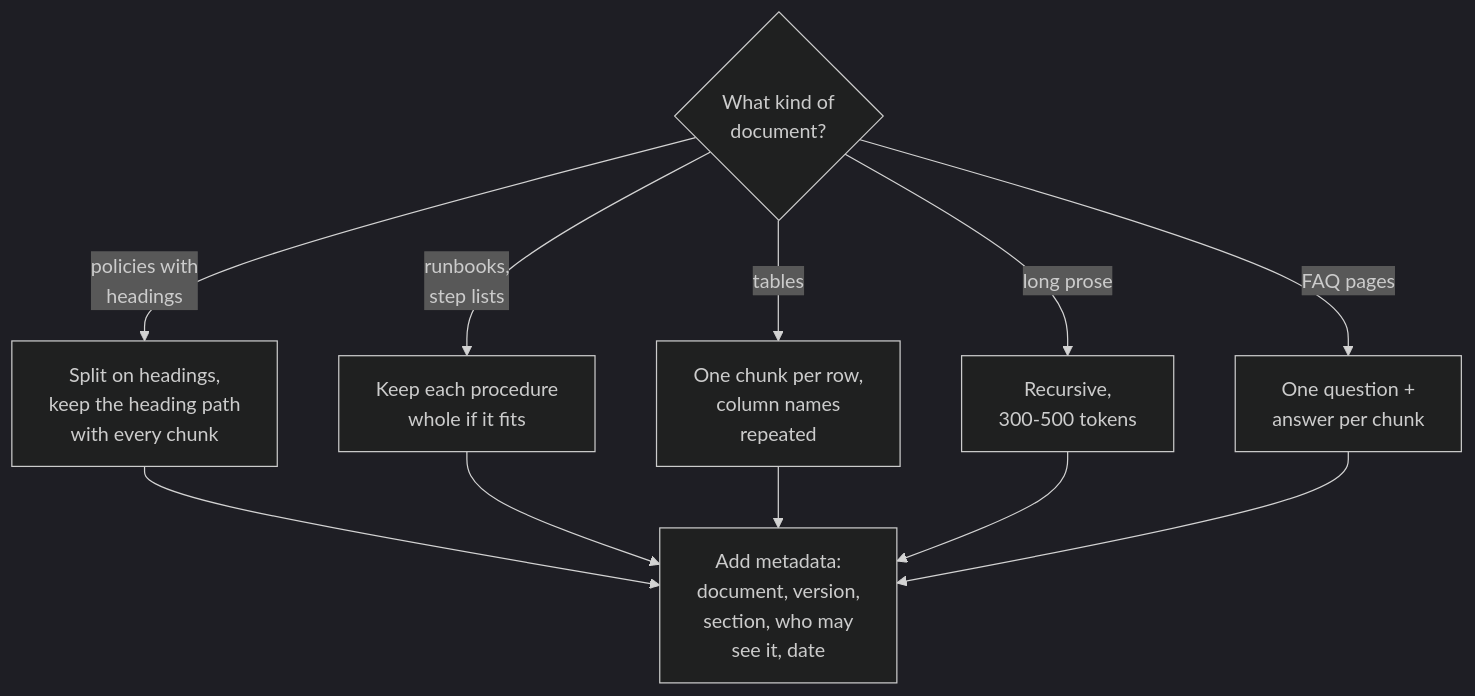
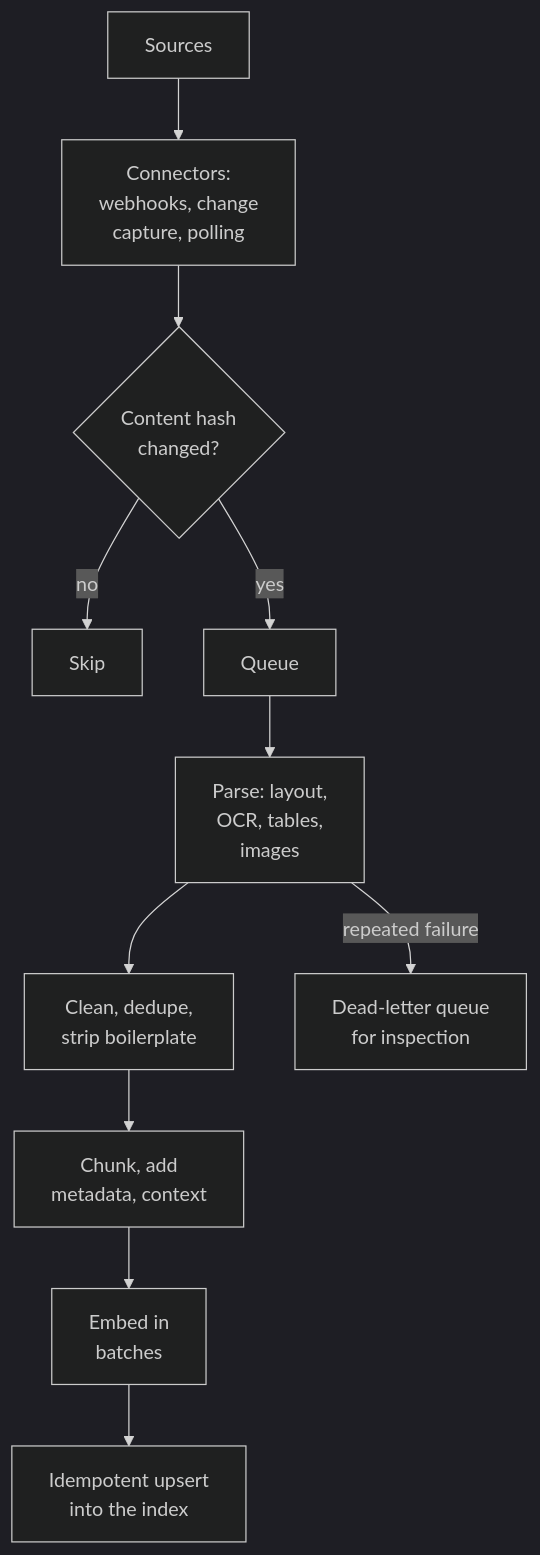
The third of 5 diagrams in src/Data/aiStackDocs/CH-02.md (shubamchaudhary/CodeNITW), drawn with Mermaid (dark theme) before and after one commit. The commit also changed other lines of this file and 52 other files, not shown here.

````diff
--- a/src/Data/aiStackDocs/CH-02.md
+++ b/src/Data/aiStackDocs/CH-02.md
@@ -137,13 +142,13 @@
 ```mermaid
-flowchart TB
-    D{"What kind of<br/>document?"} -->|"policies with<br/>headings"| H["Split on headings,<br/>keep the heading path<br/>with every chunk"]
-    D -->|"runbooks,<br/>step lists"| L["Keep each procedure<br/>whole if it fits"]
-    D -->|"tables"| T["One chunk per row,<br/>column names<br/>repeated"]
-    D -->|"long prose"| R["Recursive,<br/>300-500 tokens"]
-    D -->|"FAQ pages"| F["One question +<br/>answer per chunk"]
-    H --> M["Add metadata:<br/>document, version,<br/>section, who may<br/>see it, date"]
-    L --> M
-    T --> M
-    R --> M
-    F --> M
+flowchart TD
+    SRC["Sources"] --> CON["Connectors:<br/>webhooks, change<br/>capture, polling"]
+    CON --> HS{"Content hash<br/>changed?"}
+    HS -->|"no"| SKIP["Skip"]
+    HS -->|"yes"| QU["Queue"]
+    QU --> PRS["Parse: layout,<br/>OCR, tables,<br/>images"]
+    PRS --> CLN["Clean, dedupe,<br/>strip boilerplate"]
+    CLN --> CHK["Chunk, add<br/>metadata, context"]
+    CHK --> EMB["Embed in<br/>batches"]
+    EMB --> UP["Idempotent upsert<br/>into the index"]
+    PRS -->|"repeated failure"| DLQ["Dead-letter queue<br/>for inspection"]
 ```
````
